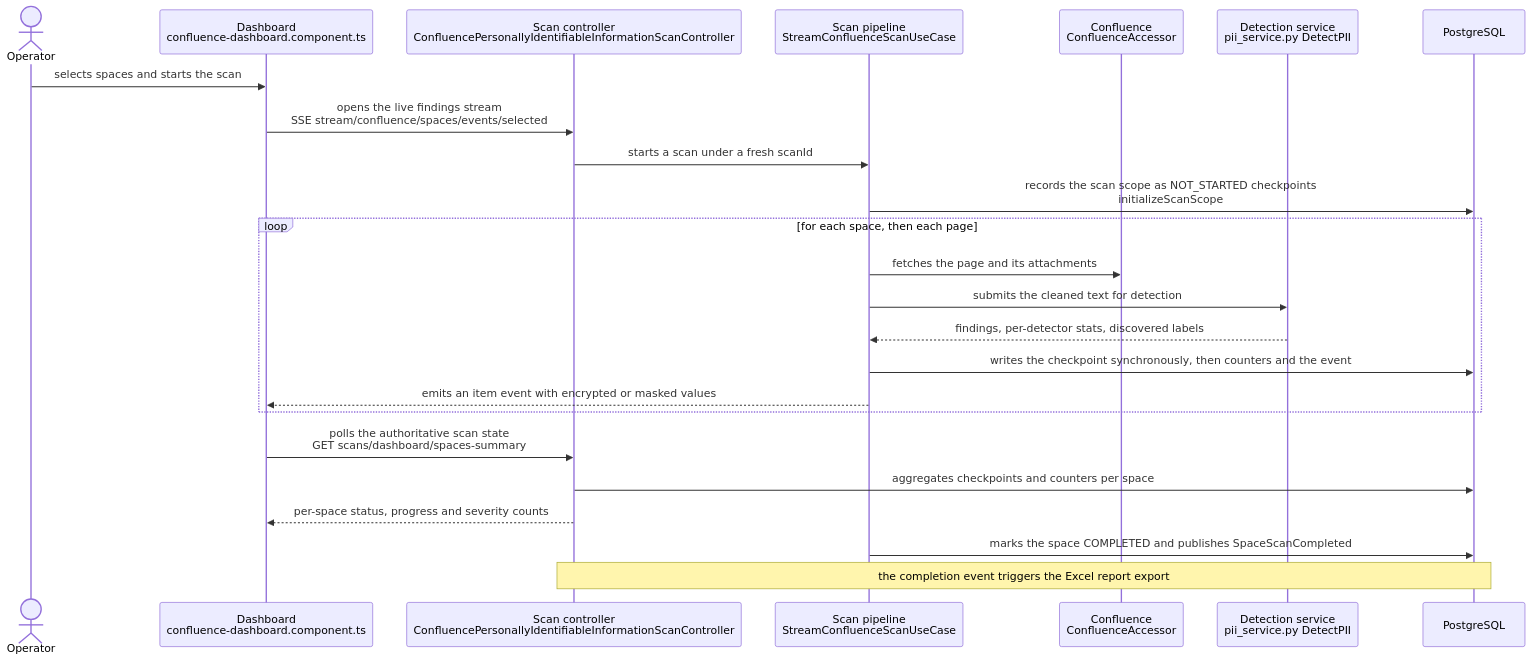
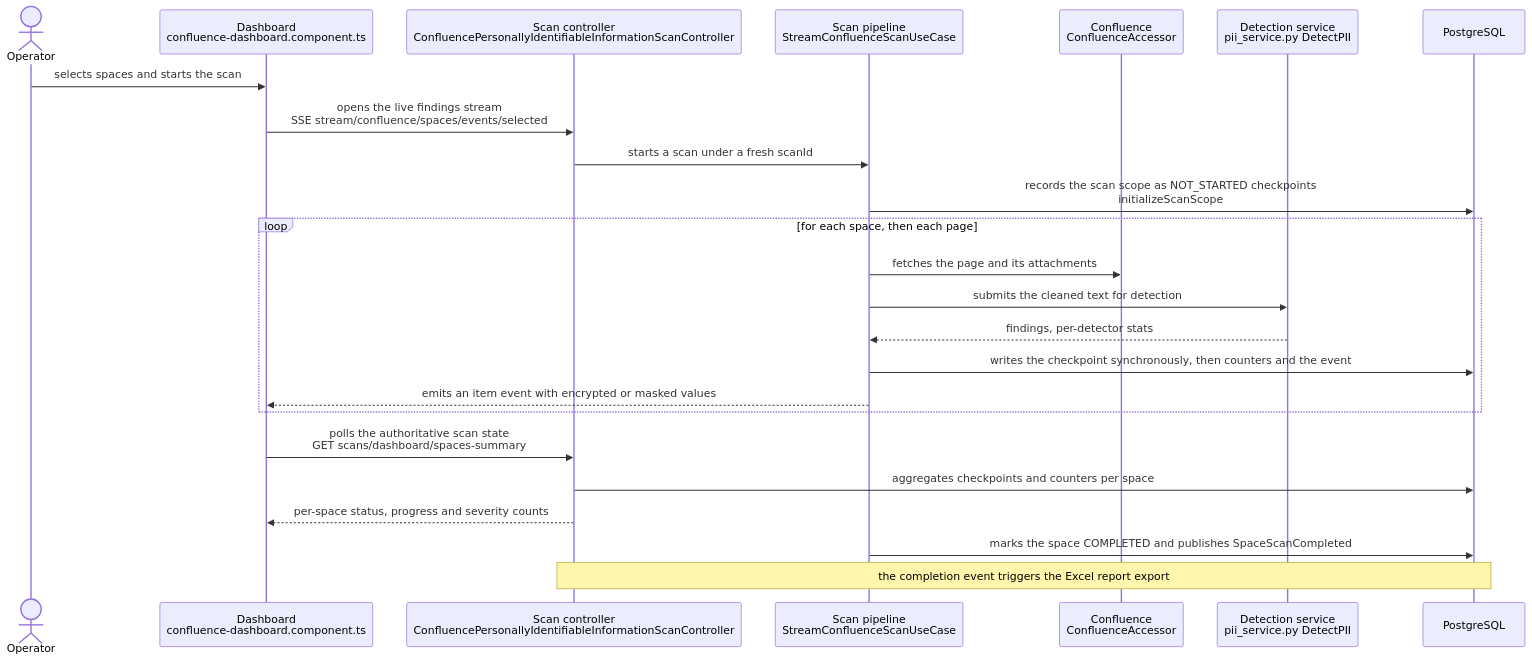
One commit to Softcom-Technologies-Organization/ai-sentinel changed the first of 2 diagrams in openwiki/workflows/scan-workflow.md. Above: the diagram before and after it, drawn with Mermaid. The commit also changed 96 other files, not shown here.

````diff
--- a/openwiki/workflows/scan-workflow.md
+++ b/openwiki/workflows/scan-workflow.md
@@ -8,27 +8,27 @@
 ```mermaid
 sequenceDiagram
     actor Operator
     participant UI as Dashboard<br/>confluence-dashboard.component.ts
     participant API as Scan controller<br/>ConfluencePersonallyIdentifiableInformationScanController
     participant Scan as Scan pipeline<br/>StreamConfluenceScanUseCase
     participant Wiki as Confluence<br/>ConfluenceAccessor
     participant Det as Detection service<br/>pii_service.py DetectPII
     participant DB as PostgreSQL
 
     Operator->>UI: selects spaces and starts the scan
     UI->>API: opens the live findings stream<br/>SSE stream/confluence/spaces/events/selected
     API->>Scan: starts a scan under a fresh scanId
     Scan->>DB: records the scan scope as NOT_STARTED checkpoints<br/>initializeScanScope
     loop for each space, then each page
         Scan->>Wiki: fetches the page and its attachments
         Scan->>Det: submits the cleaned text for detection
-        Det-->>Scan: findings, per-detector stats, discovered labels
+        Det-->>Scan: findings, per-detector stats
         Scan->>DB: writes the checkpoint synchronously, then counters and the event
         Scan-->>UI: emits an item event with encrypted or masked values
     end
     UI->>API: polls the authoritative scan state<br/>GET scans/dashboard/spaces-summary
     API->>DB: aggregates checkpoints and counters per space
     API-->>UI: per-space status, progress and severity counts
     Scan->>DB: marks the space COMPLETED and publishes SpaceScanCompleted
     Note over API,DB: the completion event triggers the Excel report export
 ```
````
